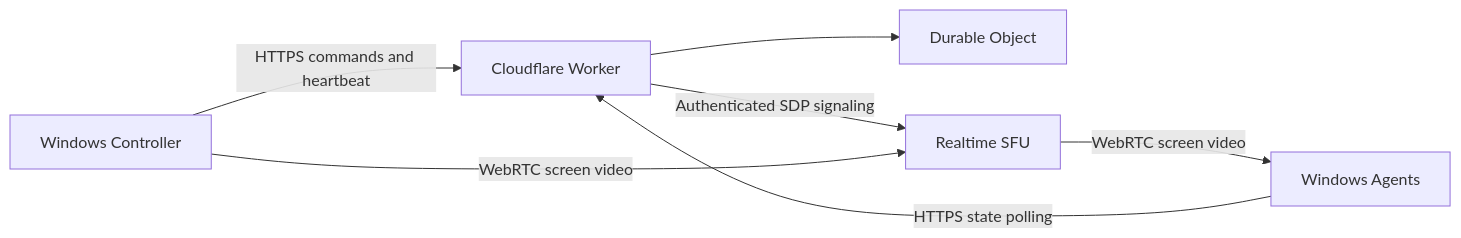
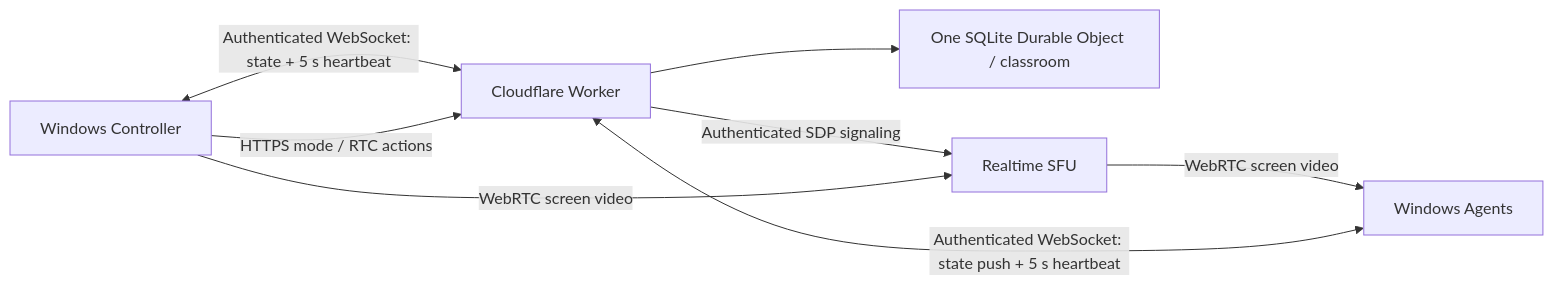
One commit to kindsusu/classrelay changed the diagram in README.md. Above: the diagram before and after it, drawn with Mermaid. The commit also changed other lines of this file and 24 other files, not shown here.

Commit message:
Replace classroom polling with fail-safe WebSocket control

````diff
--- a/README.md
+++ b/README.md
@@ -27,9 +27,10 @@
 ```mermaid
 flowchart LR
-  C[Windows Controller] -->|HTTPS commands and heartbeat| W[Cloudflare Worker]
-  A[Windows Agents] -->|HTTPS state polling| W
-  W --> D[Durable Object]
+  C[Windows Controller] <-->|Authenticated WebSocket: state + 5 s heartbeat| W[Cloudflare Worker]
+  A[Windows Agents] <-->|Authenticated WebSocket: state push + 5 s heartbeat| W
+  C -->|HTTPS mode / RTC actions| W
+  W --> D[One SQLite Durable Object / classroom]
   W -->|Authenticated SDP signaling| S[Realtime SFU]
   C -->|WebRTC screen video| S
   S -->|WebRTC screen video| A
 ```
````
